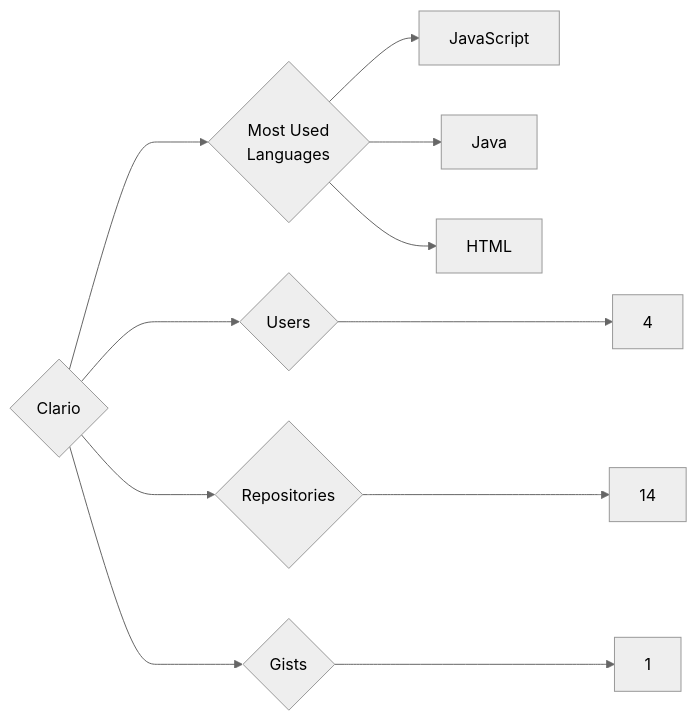
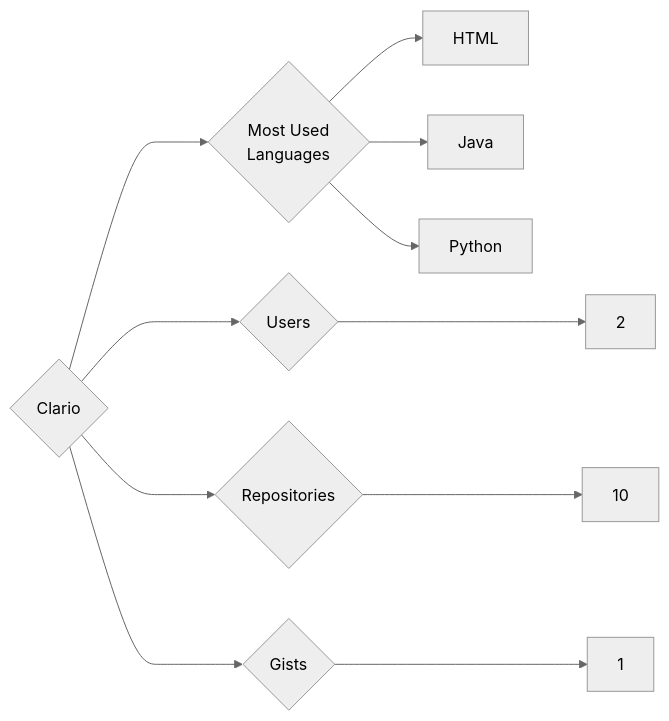
The diagram in targets/Clario/README.md (trickest/insiders), drawn with Mermaid (neutral theme) before and after one commit. The commit also changed 1166 other files, not shown here.

````diff
--- a/targets/Clario/README.md
+++ b/targets/Clario/README.md
@@ -3,11 +3,11 @@
 ```mermaid
 graph LR
 COMPANY_NAME{Clario}
-COMPANY_NAME ---> U{Users} ---> UN[4]
-COMPANY_NAME ---> R{Repositories} ---> RN[14]
+COMPANY_NAME ---> U{Users} ---> UN[2]
+COMPANY_NAME ---> R{Repositories} ---> RN[10]
 COMPANY_NAME ---> G{Gists} ---> GN[1]
 COMPANY_NAME ---> ML{Most Used<br>Languages}
-ML --> JavaScript[JavaScript]
+ML --> HTML[HTML]
 ML --> Java[Java]
-ML --> HTML[HTML]
+ML --> Python[Python]
 ```
````
